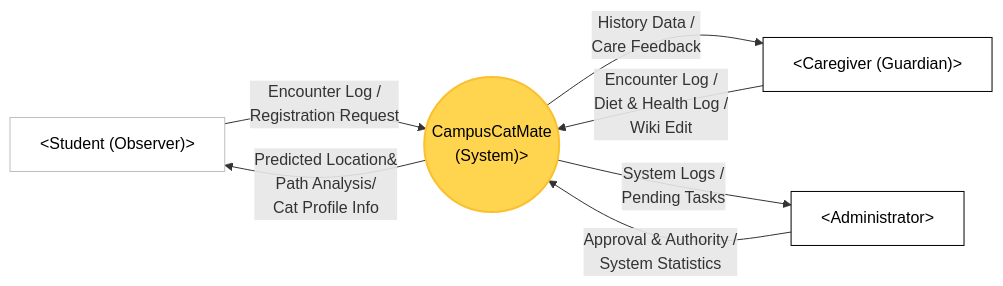
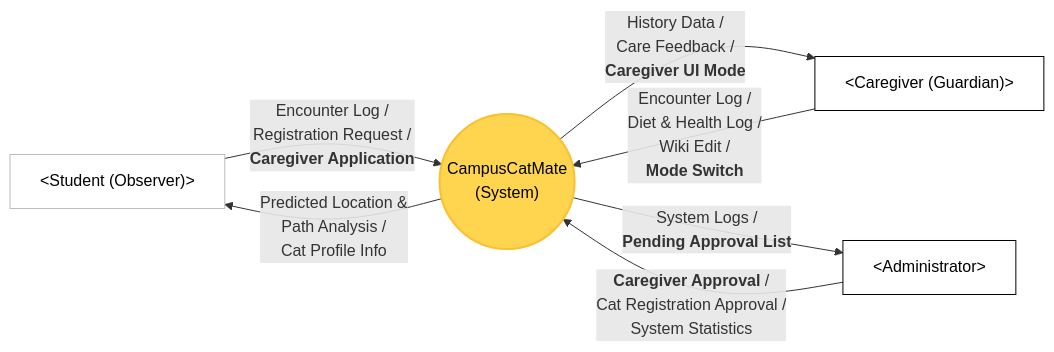
Before and after one commit to Pdar124/YU_CCM: the diagram in CAMPUS_CAT_MATE/Conceptualization_[22411841_박다래].md, drawn with Mermaid. The commit also changed other lines of this file, not shown here.

````diff
--- a/CAMPUS_CAT_MATE/Conceptualization_[22411841_박다래].md
+++ b/CAMPUS_CAT_MATE/Conceptualization_[22411841_박다래].md
@@ -57,27 +57,25 @@
 ```mermaid
 
 graph LR
     %% Actor Definitions
     Student["<<Student (Observer)>Student (Observer)">]
     Caregiver["<<Caregiver (Guardian)>Caregiver (Guardian)">]
     Admin["<<Administrator>Administrator">]
-    System(("CampusCatMate<br/>(System)">))
+    System(("CampusCatMate<br/>(System)"))
 
     %% Data Inflow (Actors to System)
-    Student -- "Encounter Log /<br/>Registration Request" --> System
-    Caregiver -- "Encounter Log /
-    Diet & Health Log /<br/>Wiki Edit" --> System
-    Admin -- "Approval & Authority /<br/>System Statistics" --> System
+    Student -- "Encounter Log /<br/>Registration Request /<br/><b>Caregiver Application</b>" --> System
+    Caregiver -- "Encounter Log /<br/>Diet & Health Log /<br/>Wiki Edit /<br/><b>Mode Switch</b>" --> System
+    Admin -- "<b>Caregiver Approval</b> /<br/>Cat Registration Approval /<br/>System Statistics" --> System
 
     %% Data Outflow (System to Actors)
-    System -- "Predicted Location& <br/>Path Analysis/<br/>Cat Profile Info" --> Student
-    System -- "History Data /<br/>Care Feedback" --> Caregiver
-    System -- "System Logs /<br/>Pending Tasks" --> Admin
+    System -- "Predicted Location &<br/>Path Analysis /<br/>Cat Profile Info" --> Student
+    System -- "History Data /<br/>Care Feedback /<br/><b>Caregiver UI Mode</b>" --> Caregiver
+    System -- "System Logs /<br/><b>Pending Approval List</b>" --> Admin
 
     %% Styling
     style System fill:#FFD54F,stroke:#FBC02D,stroke-width:2px,color:#000
     style Student fill:#fff,stroke:#bdbdbd,stroke-width:1px,color:#000
     style Caregiver fill:#fff,stroke:#000,stroke-width:1px,color:#000
     style Admin fill:#fff,stroke:#000,stroke-width:1px,color:#000
-
 ```
````
